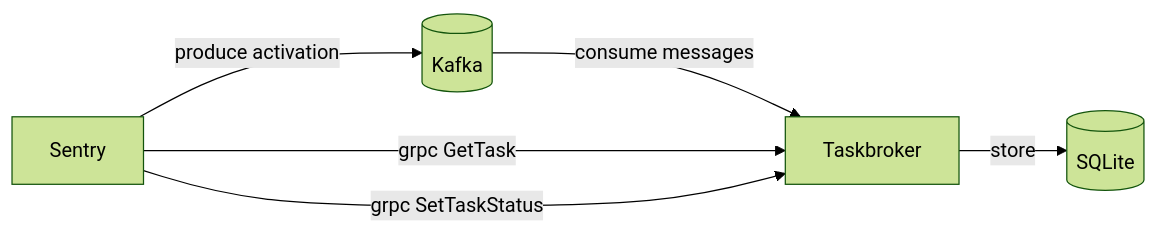
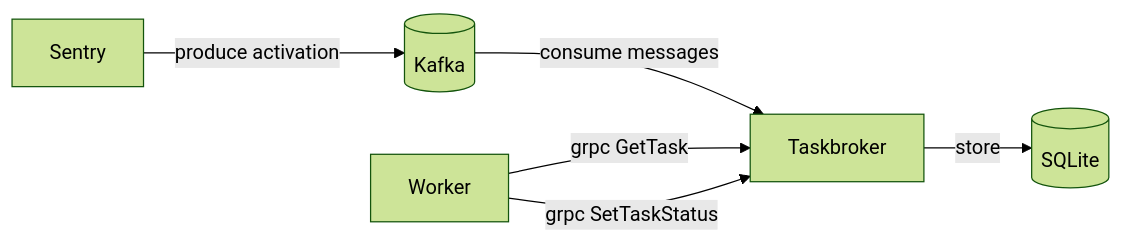
Before and after one commit to getsentry/taskbroker: the diagram in README.md, drawn with Mermaid (forest theme). The commit also changed other lines of this file, not shown here.

````diff
--- a/README.md
+++ b/README.md
@@ -8,9 +10,9 @@
 ```mermaid
 flowchart LR
 
 Sentry -- produce activation --> k[(Kafka)]
 k -- consume messages --> Taskbroker
 Taskbroker -- store --> sql[(SQLite)]
-Sentry -- grpc GetTask --> Taskbroker
-Sentry -- grpc SetTaskStatus --> Taskbroker
+Worker -- grpc GetTask --> Taskbroker
+Worker -- grpc SetTaskStatus --> Taskbroker
 ```
````
